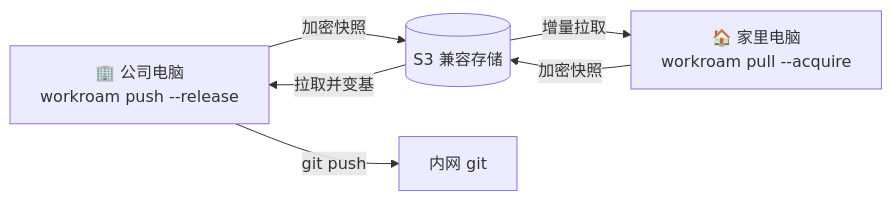
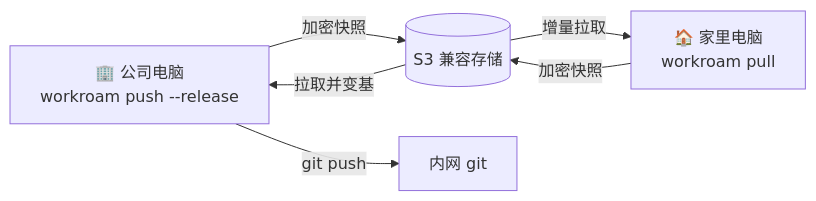
The diagram in README.zh-CN.md (kverona-ai/workroam), drawn with Mermaid before and after one commit. The commit also changed other lines of this file and 11 other files, not shown here.

````diff
--- a/README.zh-CN.md
+++ b/README.zh-CN.md
@@ -75,8 +75,8 @@
 ```mermaid
 flowchart LR
     O["🏢 公司电脑<br/>workroam push --release"] -- 加密快照 --> S[("S3 兼容存储")]
-    S -- 增量拉取 --> H["🏠 家里电脑<br/>workroam pull --acquire"]
+    S -- 增量拉取 --> H["🏠 家里电脑<br/>workroam pull"]
     H -- 加密快照 --> S
     S -- 拉取并变基 --> O
     O -- git push --> G["内网 git"]
 ```
````
